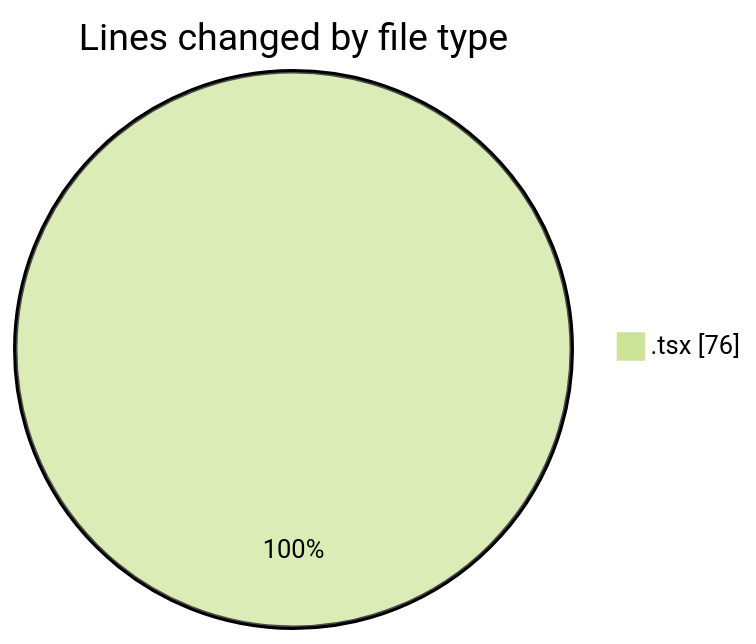
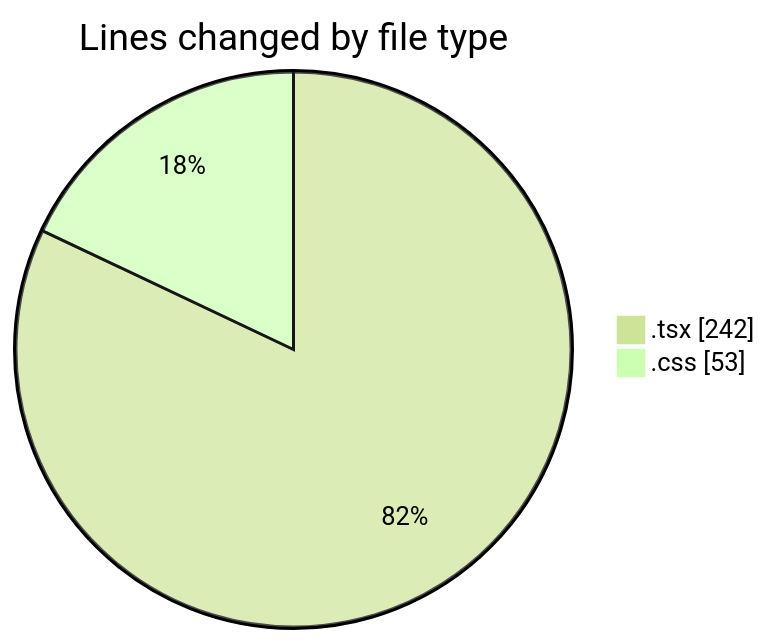
Before and after one commit to Elitesun/code-tracking: the first of 2 diagrams in 2025-04-12/product-page/README.md, drawn with Mermaid (forest theme). The commit also changed other lines of this file and 1 other file, not shown here.

````diff
--- a/2025-04-12/product-page/README.md
+++ b/2025-04-12/product-page/README.md
@@ -20,5 +22,6 @@
 ```mermaid
 pie showData
 title Lines changed by file type
-".tsx" : 76
+".tsx" : 242
+".css" : 53
 ```
````
